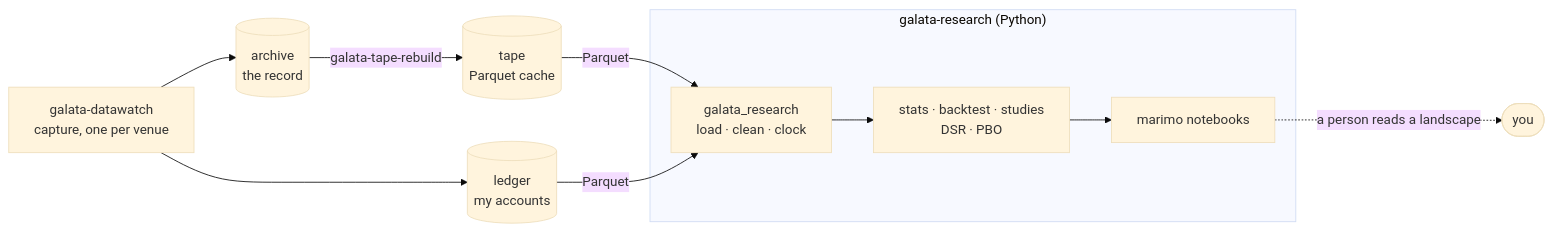
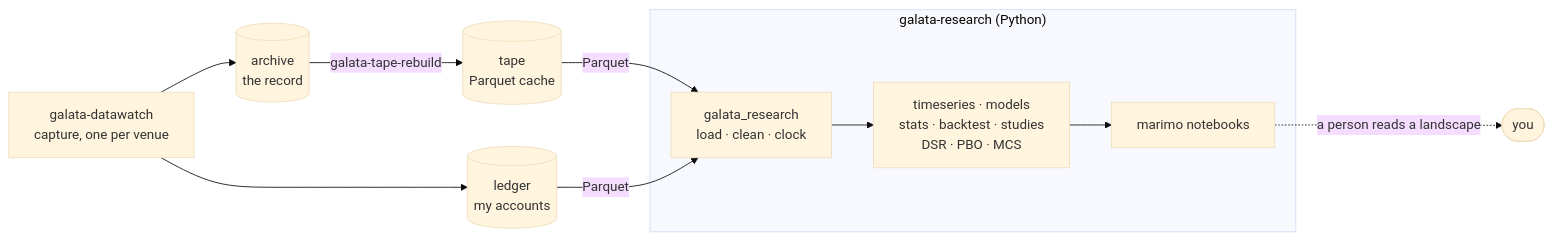
The diagram in README.md (sercanatalik/galata-research), drawn with Mermaid (base theme) before and after one commit. The commit also changed other lines of this file, not shown here.

````diff
--- a/README.md
+++ b/README.md
@@ -59,20 +63,20 @@
 ```mermaid
 flowchart LR
     CAP["galata-datawatch<br/>capture, one per venue"]
     ARC[("archive<br/>the record")]
     TAPE[("tape<br/>Parquet cache")]
     LED[("ledger<br/>my accounts")]
 
     subgraph RES["galata-research (Python)"]
         LIB["galata_research<br/>load · clean · clock"]
-        STAT["stats · backtest · studies<br/>DSR · PBO"]
+        STAT["timeseries · models<br/>stats · backtest · studies<br/>DSR · PBO · MCS"]
         NB["marimo notebooks"]
     end
 
     CAP --> ARC -- galata-tape-rebuild --> TAPE
     CAP --> LED
     TAPE -- Parquet --> LIB
     LED -- Parquet --> LIB
     LIB --> STAT --> NB
     NB -. "a person reads a landscape" .-> YOU(["you"])
 ```
````
